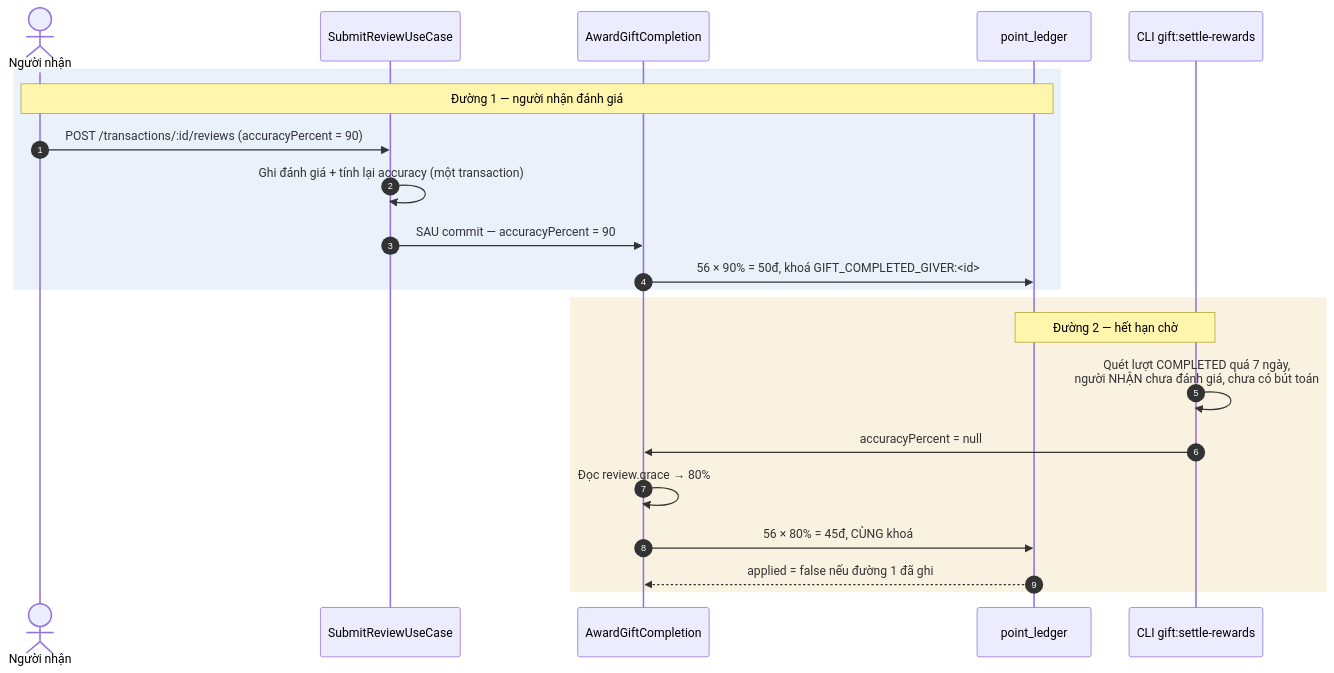
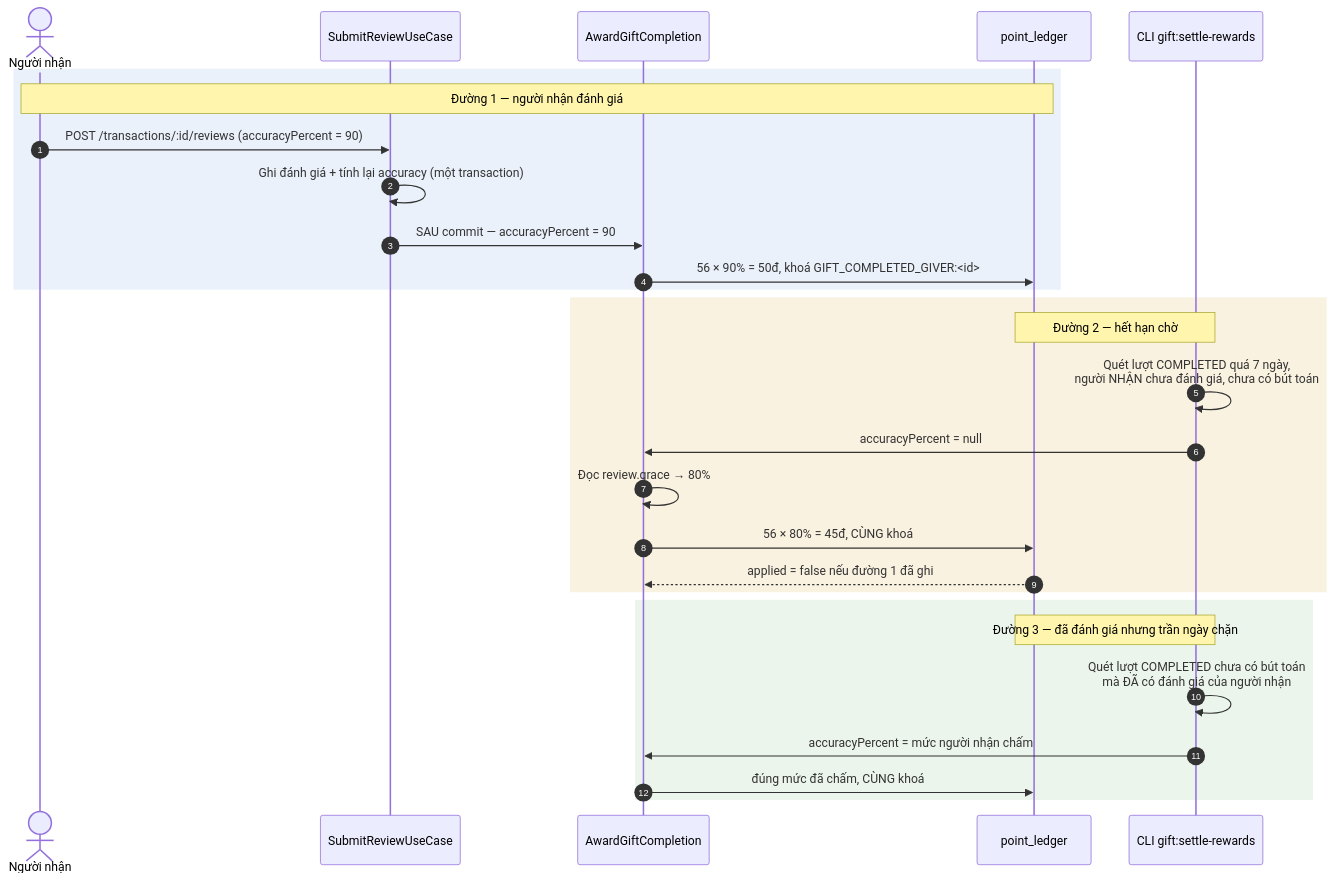
The fifth of 7 diagrams in docs/diagram/11-point.md (fdshn/trueheart), drawn with Mermaid before and after one commit. The commit also changed other lines of this file and 49 other files, not shown here.

````diff
--- a/docs/diagram/11-point.md
+++ b/docs/diagram/11-point.md
@@ -120,26 +152,33 @@
 ```mermaid
 sequenceDiagram
     autonumber
     actor R as Người nhận
     participant S as SubmitReviewUseCase
     participant A as AwardGiftCompletion
     participant L as point_ledger
     participant J as CLI gift:settle-rewards
 
     rect rgba(80, 140, 220, 0.12)
     Note over R,L: Đường 1 — người nhận đánh giá
     R->>S: POST /transactions/:id/reviews (accuracyPercent = 90)
     S->>S: Ghi đánh giá + tính lại accuracy (một transaction)
     S->>A: SAU commit — accuracyPercent = 90
     A->>L: 56 × 90% = 50đ, khoá GIFT_COMPLETED_GIVER:#lt;id#gt;
     end
 
     rect rgba(220, 160, 40, 0.14)
     Note over J,L: Đường 2 — hết hạn chờ
     J->>J: Quét lượt COMPLETED quá 7 ngày,<br/>người NHẬN chưa đánh giá, chưa có bút toán
     J->>A: accuracyPercent = null
     A->>A: Đọc review.grace → 80%
     A->>L: 56 × 80% = 45đ, CÙNG khoá
     L-->>A: applied = false nếu đường 1 đã ghi
     end
+
+    rect rgba(120, 180, 120, 0.14)
+    Note over J,L: Đường 3 — đã đánh giá nhưng trần ngày chặn
+    J->>J: Quét lượt COMPLETED chưa có bút toán<br/>mà ĐÃ có đánh giá của người nhận
+    J->>A: accuracyPercent = mức người nhận chấm
+    A->>L: đúng mức đã chấm, CÙNG khoá
+    end
 ```
````
